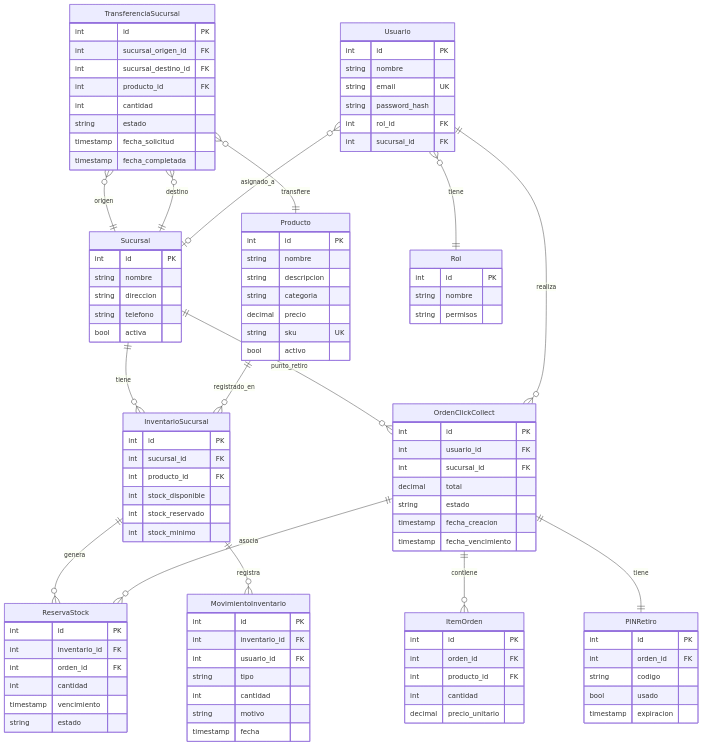
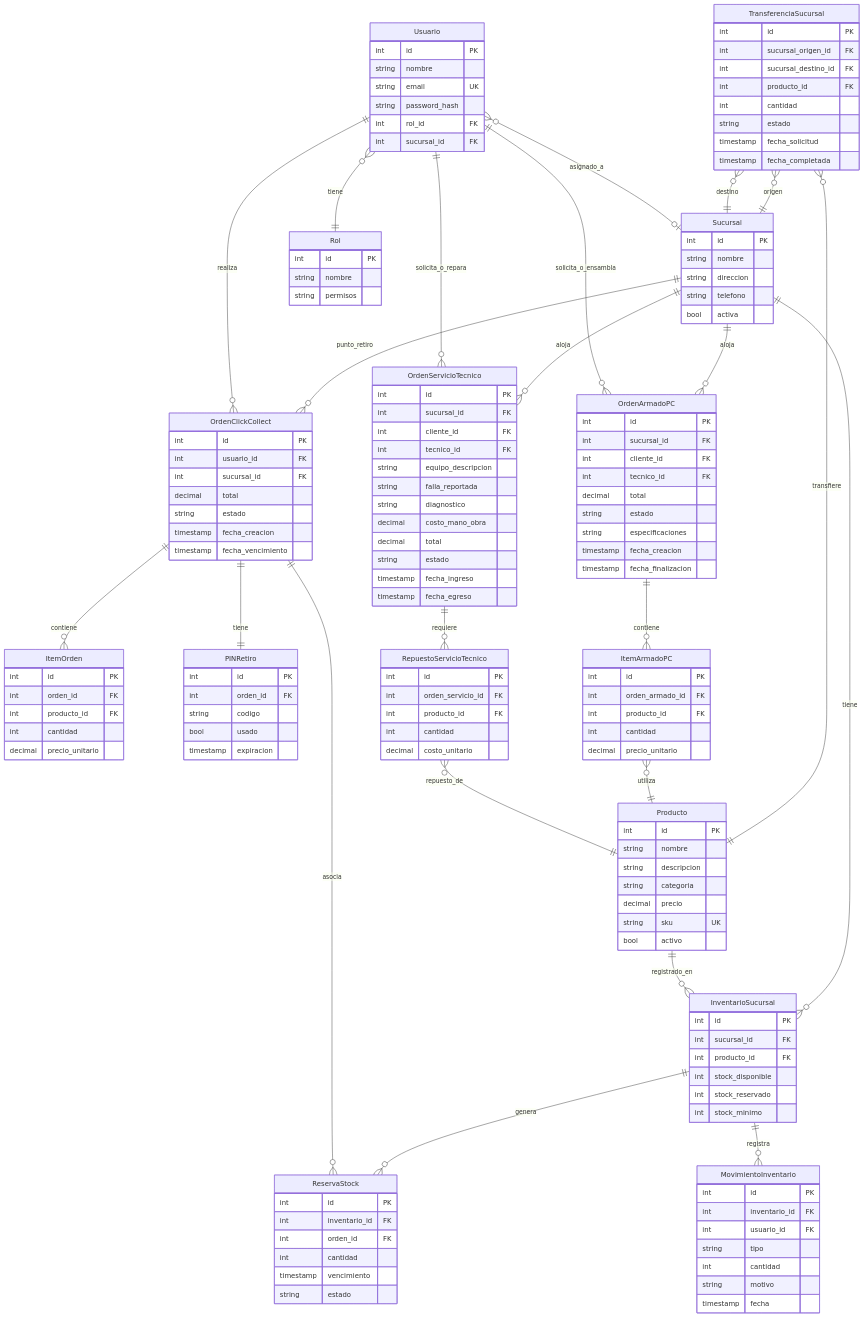
Before and after one commit to LeonardoCravero/nextech-platforma: the first of 3 diagrams in TP_Integrador_NexTech_v2.md, drawn with Mermaid. The commit also changed other lines of this file, not shown here.

````diff
--- a/TP_Integrador_NexTech_v2.md
+++ b/TP_Integrador_NexTech_v2.md
@@ -116,6 +116,45 @@
         bool usado
         timestamp expiracion
     }
+    OrdenArmadoPC {
+        int id PK
+        int sucursal_id FK
+        int cliente_id FK
+        int tecnico_id FK
+        decimal total
+        string estado
+        string especificaciones
+        timestamp fecha_creacion
+        timestamp fecha_finalizacion
+    }
+    ItemArmadoPC {
+        int id PK
+        int orden_armado_id FK
+        int producto_id FK
+        int cantidad
+        decimal precio_unitario
+    }
+    OrdenServicioTecnico {
+        int id PK
+        int sucursal_id FK
+        int cliente_id FK
+        int tecnico_id FK
+        string equipo_descripcion
+        string falla_reportada
+        string diagnostico
+        decimal costo_mano_obra
+        decimal total
+        string estado
+        timestamp fecha_ingreso
+        timestamp fecha_egreso
+    }
+    RepuestoServicioTecnico {
+        int id PK
+        int orden_servicio_id FK
+        int producto_id FK
+        int cantidad
+        decimal costo_unitario
+    }
     Usuario {
         int id PK
         string nombre
@@ -144,4 +183,12 @@
     TransferenciaSucursal }o--|| Producto : transfiere
     Usuario }o--|| Rol : tiene
     Usuario }o--o| Sucursal : asignado_a
+    Sucursal ||--o{ OrdenArmadoPC : aloja
+    Sucursal ||--o{ OrdenServicioTecnico : aloja
+    Usuario ||--o{ OrdenArmadoPC : solicita_o_ensambla
+    Usuario ||--o{ OrdenServicioTecnico : solicita_o_repara
+    OrdenArmadoPC ||--o{ ItemArmadoPC : contiene
+    ItemArmadoPC }o--|| Producto : utiliza
+    OrdenServicioTecnico ||--o{ RepuestoServicioTecnico : requiere
+    RepuestoServicioTecnico }o--|| Producto : repuesto_de
 ```
````
